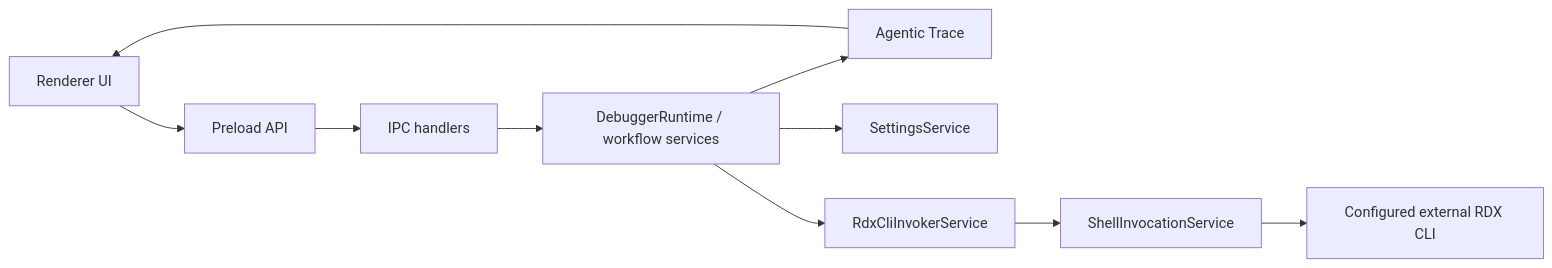
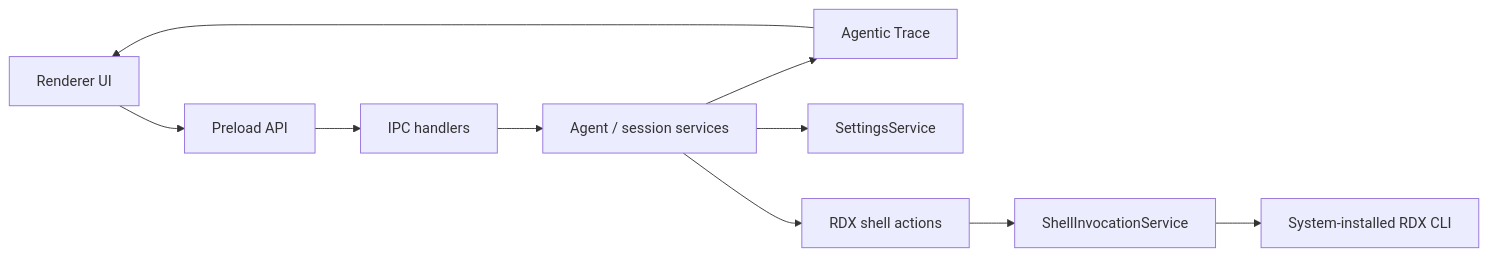
Before and after one commit to haolange/RDC-Agent: the diagram in docs/architecture/overview.md, drawn with Mermaid. The commit also changed other lines of this file and 3283 other files, not shown here.

First line of the commit message:
收敛 RDX 工具链为系统 CLI 与 Shell Action

````diff
--- a/docs/architecture/overview.md
+++ b/docs/architecture/overview.md
@@ -12,12 +12,12 @@
 ```mermaid
 flowchart LR
   Renderer["Renderer UI"] --> Preload["Preload API"]
   Preload --> IPC["IPC handlers"]
-  IPC --> Workflow["DebuggerRuntime / workflow services"]
-  Workflow --> Trace["Agentic Trace"]
-  Workflow --> Settings["SettingsService"]
-  Workflow --> Invoker["RdxCliInvokerService"]
-  Invoker --> Shell["ShellInvocationService"]
-  Shell --> CLI["Configured external RDX CLI"]
+  IPC --> Runtime["Agent / session services"]
+  Runtime --> Trace["Agentic Trace"]
+  Runtime --> Settings["SettingsService"]
+  Runtime --> Actions["RDX shell actions"]
+  Actions --> Shell["ShellInvocationService"]
+  Shell --> CLI["System-installed RDX CLI"]
   Trace --> Renderer
 ```
````
